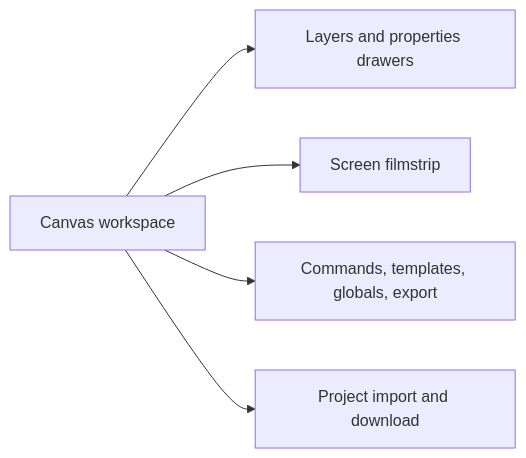
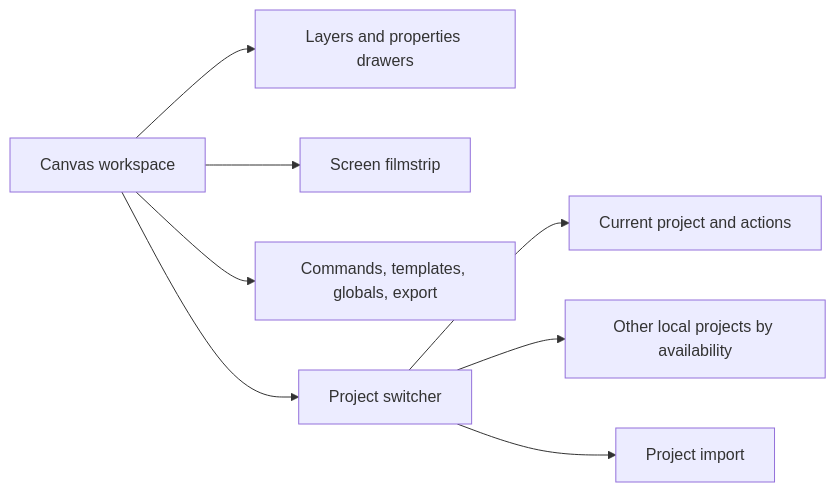
One commit to neogenz/screenforge changed the diagram in aidd_docs/memory/navigation.md. Above: the diagram before and after it, drawn with Mermaid. The commit also changed other lines of this file and 139 other files, not shown here.

````diff
--- a/aidd_docs/memory/navigation.md
+++ b/aidd_docs/memory/navigation.md
@@ -11,7 +12,10 @@
 ```mermaid
 flowchart LR
     Workspace["Canvas workspace"] --> Drawers["Layers and properties drawers"]
     Workspace --> Screens["Screen filmstrip"]
     Workspace --> Overlays["Commands, templates, globals, export"]
-    Workspace --> Project["Project import and download"]
+    Workspace --> Project["Project switcher"]
+    Project --> Current["Current project and actions"]
+    Project --> Catalogue["Other local projects by availability"]
+    Project --> Import["Project import"]
 ```
````
